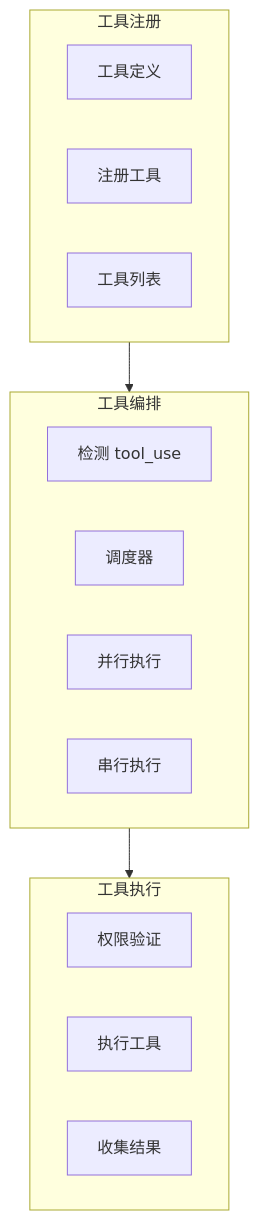
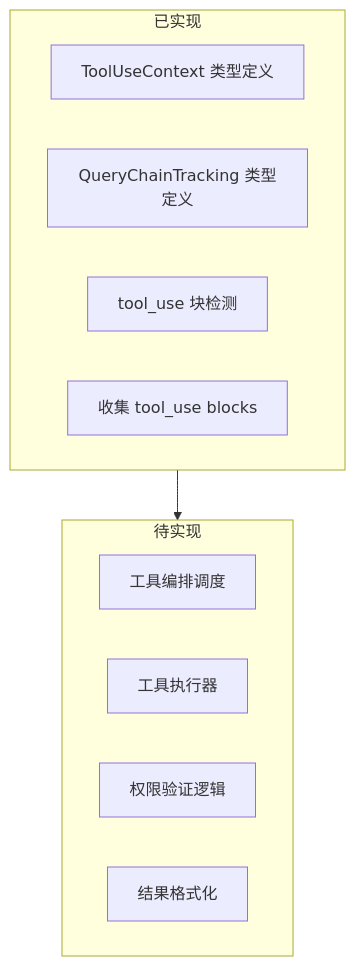
The first of 2 diagrams in notes/reviews/04-tool-execution-layer.md (friendlyhank/claude-code-annotated), drawn with Mermaid before and after one commit. The commit also changed other lines of this file and 2 other files, not shown here.

Commit message:
fix(docs): 修复 reviews 文档 Mermaid 流程图渲染兼容性

````diff
--- a/notes/reviews/04-tool-execution-layer.md
+++ b/notes/reviews/04-tool-execution-layer.md
@@ -18,24 +18,18 @@
 ```mermaid
 flowchart TB
-    subgraph Registration["工具注册"]
-        Define[工具定义]
-        Register[注册工具]
-        List[工具列表]
+    subgraph Implemented["已实现"]
+        Context[ToolUseContext 类型定义]
+        Tracking[QueryChainTracking 类型定义]
+        Detection[tool_use 块检测]
+        Collection[收集 tool_use blocks]
     end
     
-    subgraph Orchestration["工具编排"]
-        Detect[检测 tool_use]
-        Schedule[调度器]
-        Parallel[并行执行]
-        Serial[串行执行]
+    subgraph TODO["待实现"]
+        Schedule[工具编排调度]
+        Execute[工具执行器]
+        Validate[权限验证逻辑]
+        Result[结果格式化]
     end
     
-    subgraph Execution["工具执行"]
-        Validate[权限验证]
-        Execute[执行工具]
-        Collect[收集结果]
-    end
-    
-    Registration --> Orchestration
-    Orchestration --> Execution
+    Implemented --> TODO
 ```
````
